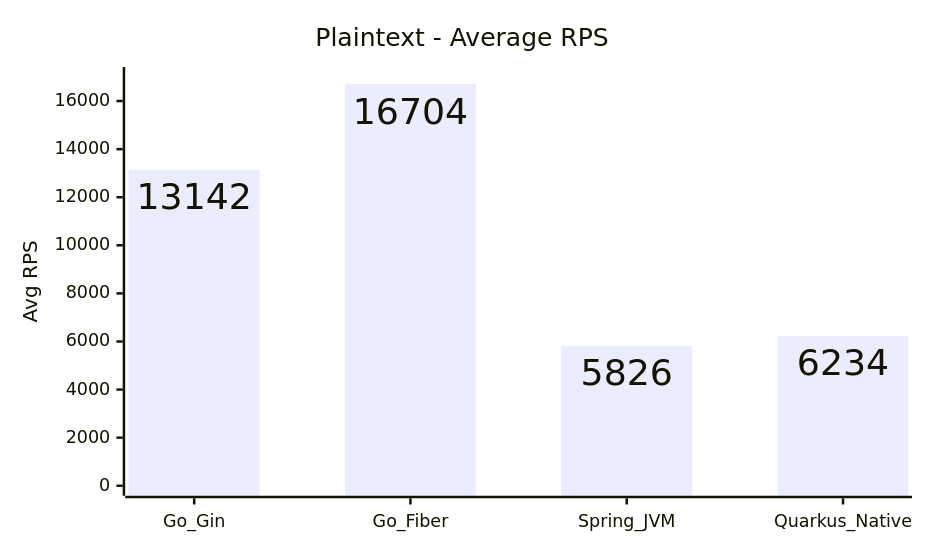
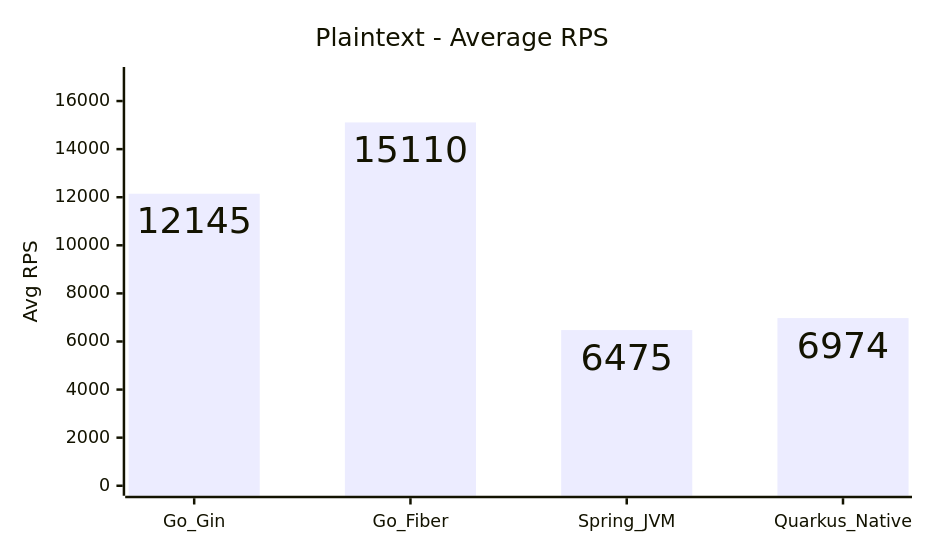
Before and after one commit to hiiamtin/go-vs-java: diagram 13 of 15 in COMPARISON_REPORT.md, drawn with Mermaid. The commit also changed other lines of this file and 93 other files, not shown here.

````diff
--- a/COMPARISON_REPORT.md
+++ b/COMPARISON_REPORT.md
@@ -238,14 +238,14 @@
 ```mermaid
 ---
 config:
   xyChart:
     width: 720
     height: 420
     showDataLabel: true
 ---
 xychart
     title "Plaintext - Average RPS"
     x-axis [Go_Gin, Go_Fiber, Spring_JVM, Quarkus_Native]
     y-axis "Avg RPS" 0 --> 17000
-    bar [13142, 16704, 5826, 6234]
+    bar [12145, 15110, 6475, 6974]
 ```
````
